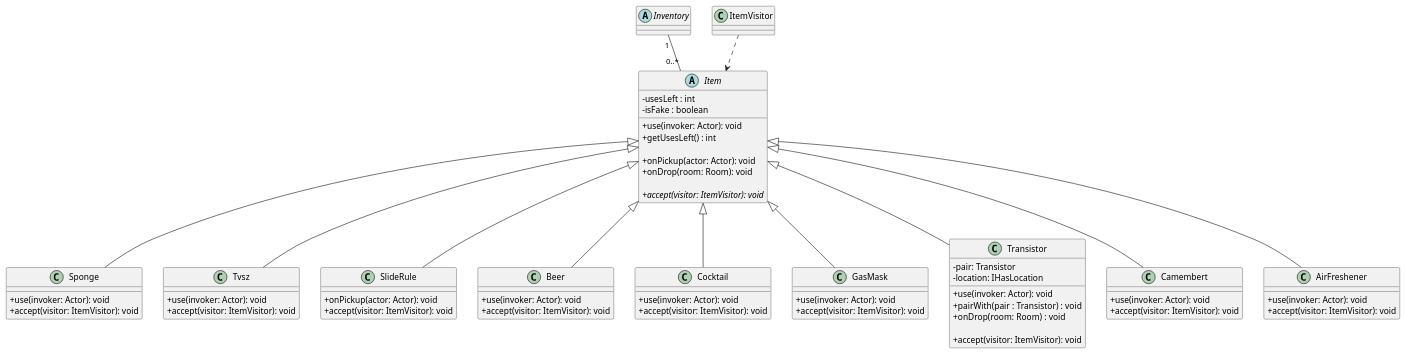
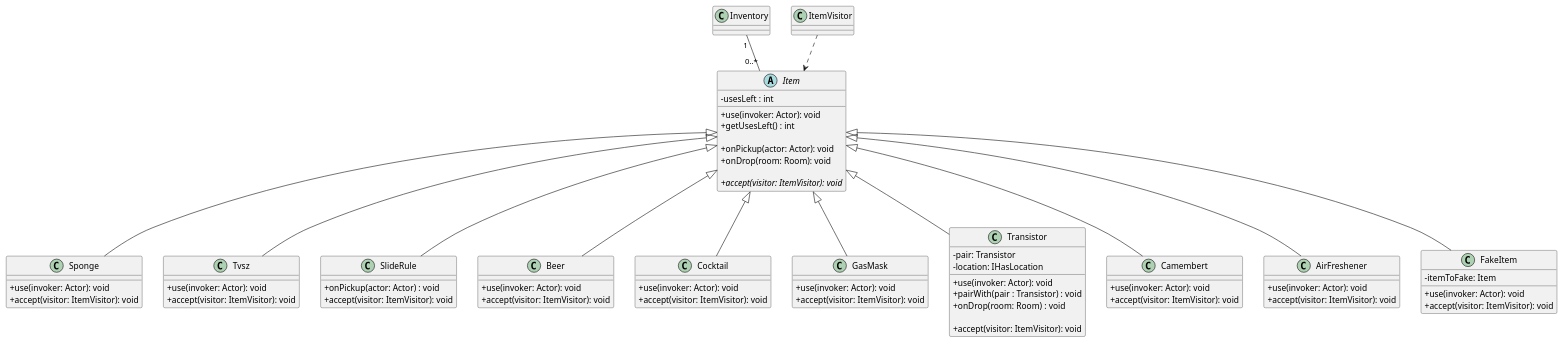
One commit to Kristof-me/Logarlec changed the diagram in docs/class/items.puml. Above: the diagram before and after it, drawn with PlantUML. The commit also changed 2 other files, not shown here.

Commit message:
Refactor - FakeItem to own class

```diff
--- a/docs/class/items.puml
+++ b/docs/class/items.puml
@@ -1,86 +1,88 @@
 @startuml classDiagram
 skinparam classAttributeIconSize 0
 
 'Items --------------------------------------------
 abstract class Item {
     - usesLeft : int
-    - isFake : boolean
 
     + use(invoker: Actor): void
     + getUsesLeft() : int
     
     + onPickup(actor: Actor): void
     + onDrop(room: Room): void
     
     + {abstract} accept(visitor: ItemVisitor): void
 }
 
 class Sponge {
     + use(invoker: Actor): void
     + accept(visitor: ItemVisitor): void
 }
 
 class Tvsz {
     + use(invoker: Actor): void
     + accept(visitor: ItemVisitor): void
 }
 
 class SlideRule {
-    + onPickup(actor: Actor): void
+    + onPickup(actor: Actor) : void
     + accept(visitor: ItemVisitor): void
 }
 
 class Beer {
     + use(invoker: Actor): void
     + accept(visitor: ItemVisitor): void
 }
 
 class Cocktail {
     + use(invoker: Actor): void
     + accept(visitor: ItemVisitor): void
 }
 
 class GasMask {
     + use(invoker: Actor): void
     + accept(visitor: ItemVisitor): void
 }
 
 class Transistor {
     - pair: Transistor
     - location: IHasLocation
     + use(invoker: Actor): void
     + pairWith(pair : Transistor) : void
     + onDrop(room: Room) : void
 
     + accept(visitor: ItemVisitor): void
 }
 
 class Camembert {
     + use(invoker: Actor): void
     + accept(visitor: ItemVisitor): void
 }
 
 class AirFreshener {
     + use(invoker: Actor): void
     + accept(visitor: ItemVisitor): void
 }
 
-abstract class Inventory {
-
+class FakeItem {
+    - itemToFake: Item
+    + use(invoker: Actor): void
+    + accept(visitor: ItemVisitor): void
 }
 
 Item <|-- Sponge
 Item <|-- Tvsz
 Item <|-- SlideRule
 Item <|-- Beer
 Item <|-- Cocktail
 Item <|-- GasMask
 Item <|-- Transistor
 Item <|-- Camembert
 Item <|-- AirFreshener
+Item <|-- FakeItem
 
 Inventory "1" -- "0..*" Item
 
 ItemVisitor ..> Item
 
 @enduml
```
